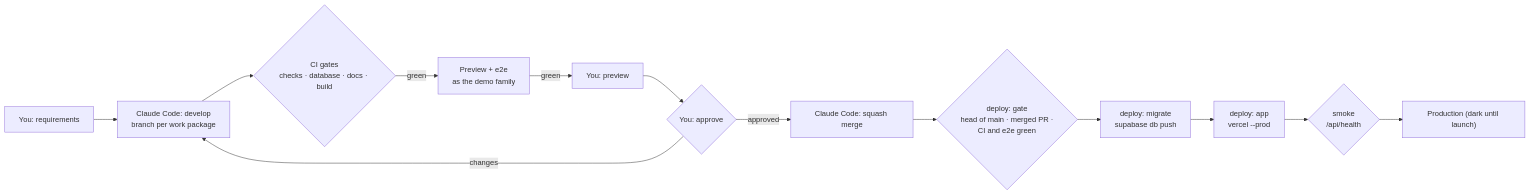
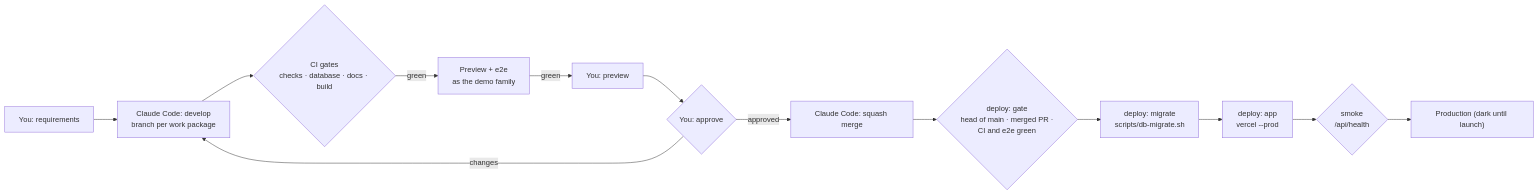
Before and after one commit to mronan83/Family-Hub: diagram 11 of 11 in docs/01-technical-architecture.md, drawn with Mermaid. The commit also changed other lines of this file and 9 other files, not shown here.

````diff
--- a/docs/01-technical-architecture.md
+++ b/docs/01-technical-architecture.md
@@ -503,15 +504,15 @@
 ```mermaid
 flowchart LR
   req["You: requirements"] --> dev["Claude Code: develop<br/>branch per work package"]
   dev --> ci{"CI gates<br/>checks · database · docs · build"}
   ci -->|green| prev["Preview + e2e<br/>as the demo family"]
   prev -->|green| look["You: preview"]
   look --> ok{"You: approve"}
   ok -->|changes| dev
   ok -->|approved| merge["Claude Code: squash merge"]
   merge --> gate{"deploy: gate<br/>head of main · merged PR ·<br/>CI and e2e green"}
-  gate --> mig["deploy: migrate<br/>supabase db push"]
+  gate --> mig["deploy: migrate<br/>scripts/db-migrate.sh"]
   mig --> app["deploy: app<br/>vercel --prod"]
   app --> smoke{"smoke<br/>/api/health"}
   smoke --> dark["Production (dark until launch)"]
 ```
````
